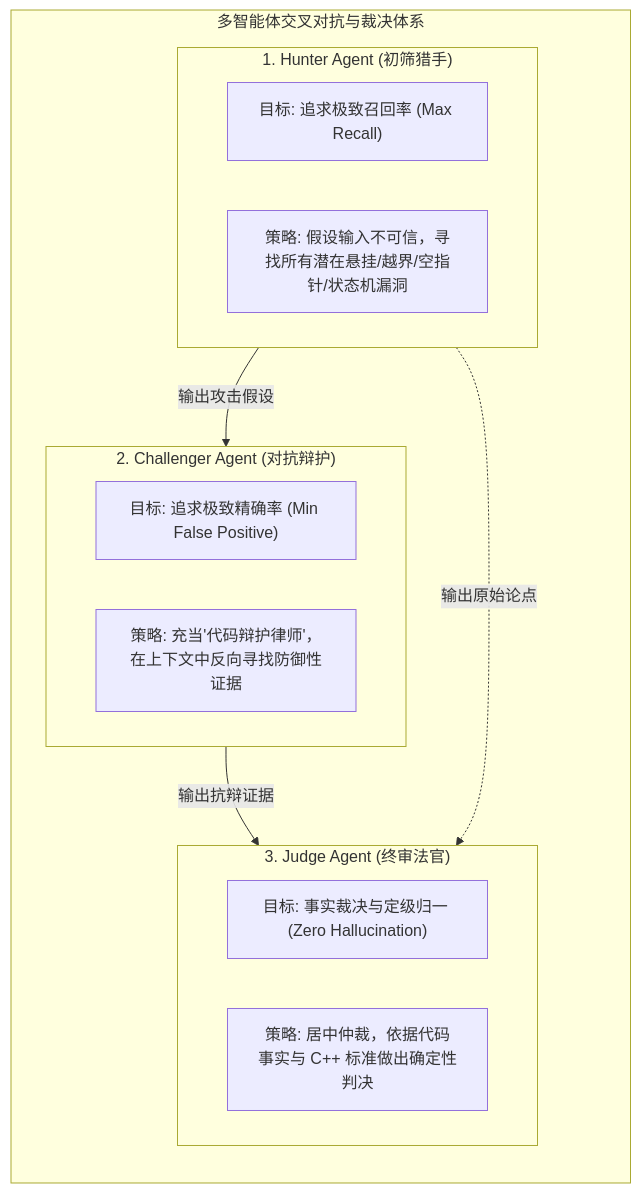
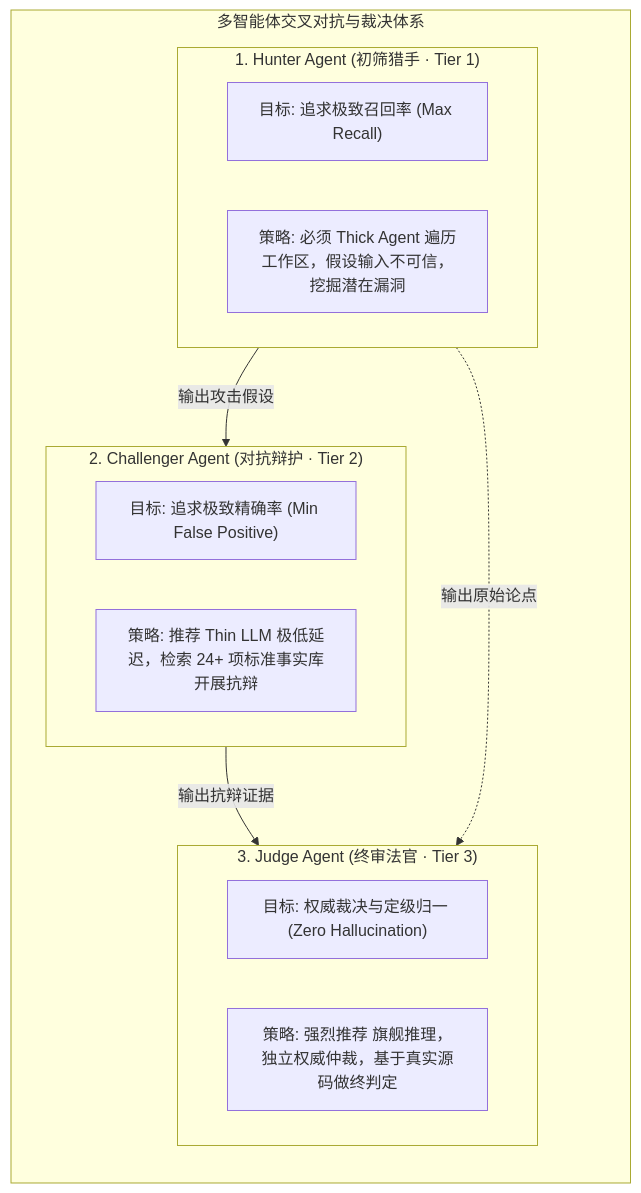
The second of 4 diagrams in docs/02-architecture/02-scanner-engines/03-智能体协作与异构调度深度设计.md (fugui/code-shield), drawn with Mermaid before and after one commit. The commit also changed other lines of this file and 6 other files, not shown here.

````diff
--- a/docs/02-architecture/02-scanner-engines/03-智能体协作与异构调度深度设计.md
+++ b/docs/02-architecture/02-scanner-engines/03-智能体协作与异构调度深度设计.md
@@ -49,25 +49,25 @@
 ```mermaid
 flowchart TD
     subgraph MultiAgentSystem ["多智能体交叉对抗与裁决体系"]
         direction TB
         
-        subgraph HunterRole ["1. Hunter Agent (初筛猎手)"]
+        subgraph HunterRole ["1. Hunter Agent (初筛猎手 · Tier 1)"]
             H_Goal["目标: 追求极致召回率 (Max Recall)"]
-            H_Strategy["策略: 假设输入不可信，寻找所有潜在悬挂/越界/空指针/状态机漏洞"]
+            H_Strategy["策略: 必须 Thick Agent 遍历工作区，假设输入不可信，挖掘潜在漏洞"]
         end
         
-        subgraph ChallengerRole ["2. Challenger Agent (对抗辩护)"]
+        subgraph ChallengerRole ["2. Challenger Agent (对抗辩护 · Tier 2)"]
             C_Goal["目标: 追求极致精确率 (Min False Positive)"]
-            C_Strategy["策略: 充当'代码辩护律师'，在上下文中反向寻找防御性证据"]
+            C_Strategy["策略: 推荐 Thin LLM 极低延迟，检索 24+ 项标准事实库开展抗辩"]
         end
         
-        subgraph JudgeRole ["3. Judge Agent (终审法官)"]
-            J_Goal["目标: 事实裁决与定级归一 (Zero Hallucination)"]
-            J_Strategy["策略: 居中仲裁，依据代码事实与 C++ 标准做出确定性判决"]
+        subgraph JudgeRole ["3. Judge Agent (终审法官 · Tier 3)"]
+            J_Goal["目标: 权威裁决与定级归一 (Zero Hallucination)"]
+            J_Strategy["策略: 强烈推荐 旗舰推理，独立权威仲裁，基于真实源码做终判定"]
         end
         
         HunterRole -->|输出攻击假设| ChallengerRole
         ChallengerRole -->|输出抗辩证据| JudgeRole
         HunterRole -.->|输出原始论点| JudgeRole
     end
 ```
````
